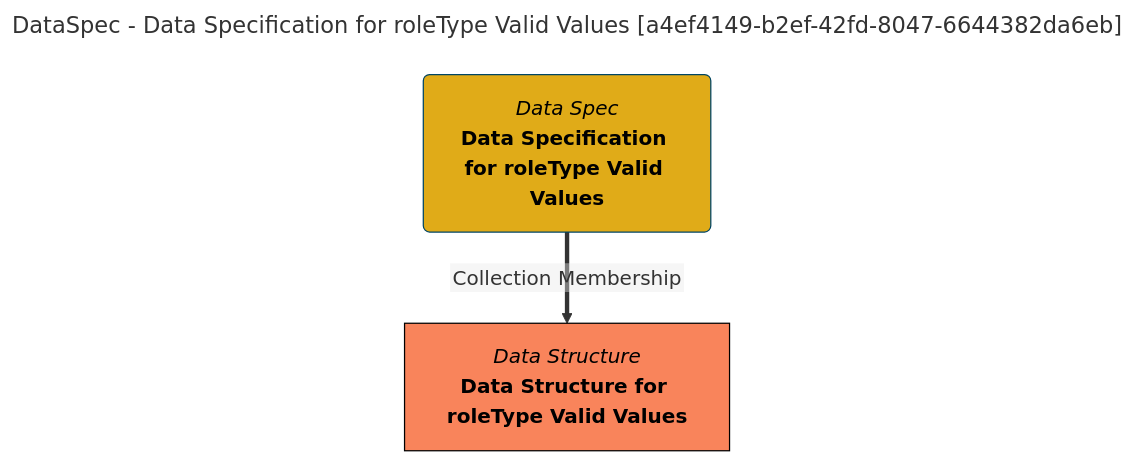
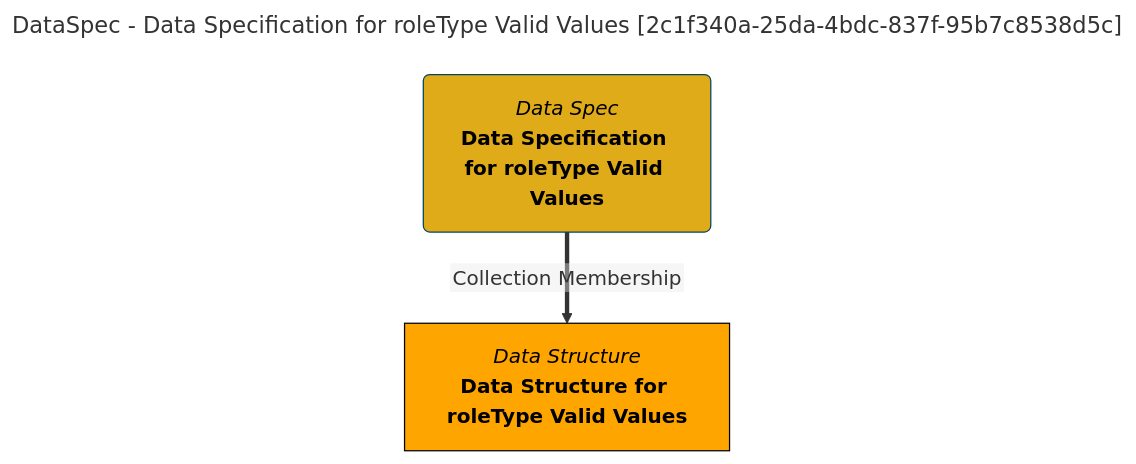
Before and after one commit to odpi/egeria-docs: the diagram in site/snippets/collections/data-specs/data-specification-for-roletype-valid-values-mermaid-graph.md, drawn with Mermaid. The commit also changed 2201 other files, not shown here.

````diff
--- a/site/snippets/collections/data-specs/data-specification-for-roletype-valid-values-mermaid-graph.md
+++ b/site/snippets/collections/data-specs/data-specification-for-roletype-valid-values-mermaid-graph.md
@@ -1,15 +1,15 @@
 ```mermaid
 ---
-title: DataSpec - Data Specification for roleType Valid Values [a4ef4149-b2ef-42fd-8047-6644382da6eb]
+title: DataSpec - Data Specification for roleType Valid Values [2c1f340a-25da-4bdc-837f-95b7c8538d5c]
 ---
 flowchart TD
 %%{init: {"flowchart": {"htmlLabels": false}} }%%
 
 1@{ shape: rounded, label: "*Data Spec*
 **Data Specification for roleType Valid Values**"}
 2@{ shape: rect, label: "*Data Structure*
 **Data Structure for roleType Valid Values**"}
 1==>|"Collection Membership"|2
 style 1 color:#000000, fill:#e0ab18, stroke:#004563
-style 2 color:#000000, fill:#f9845b, stroke:#000000
+style 2 color:#000000, fill:#FFA500, stroke:#000000
 ```
````
